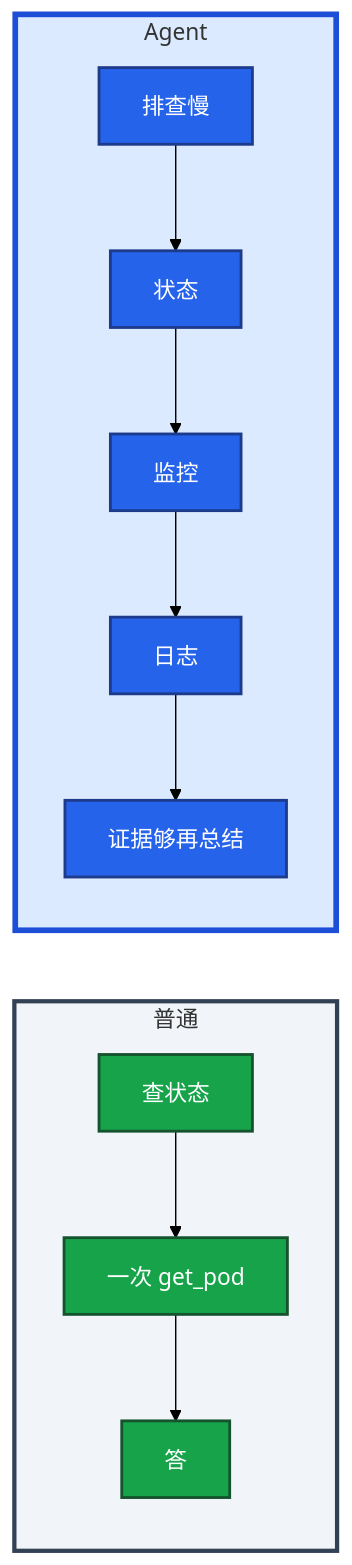
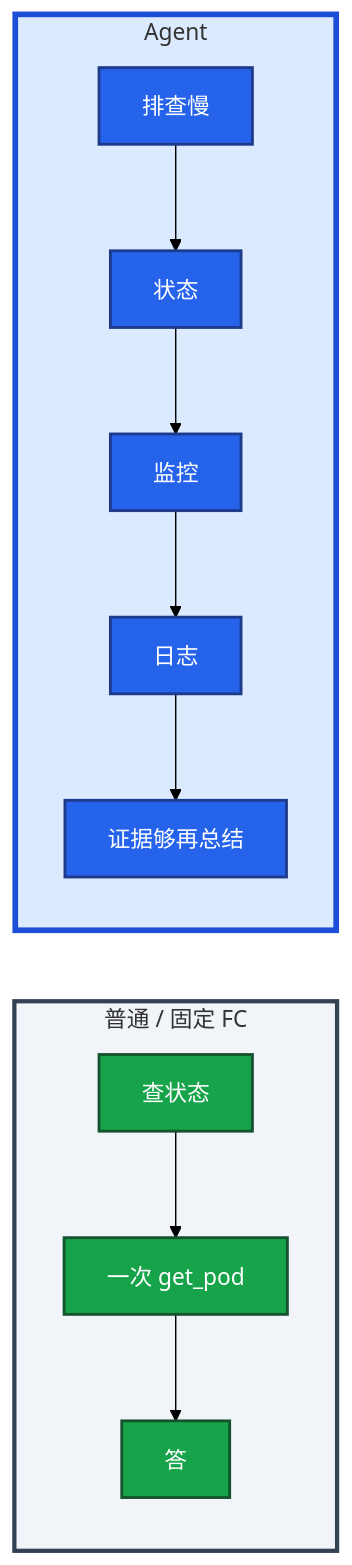
The first of 3 diagrams in 09-AI与智能运维/06-Agent智能体/练习题.md (ml-cuizijun/LearnToLilith), drawn with Mermaid (forest theme) before and after one commit. The commit also changed other lines of this file and 213 other files, not shown here.

````diff
--- a/09-AI与智能运维/06-Agent智能体/练习题.md
+++ b/09-AI与智能运维/06-Agent智能体/练习题.md
@@ -41,15 +45,15 @@
 ```mermaid
 flowchart LR
-    subgraph n ["普通"]
+    subgraph n ["普通 / 固定 FC"]
         a[查状态] --> b[一次 get_pod] --> c[答]
     end
     subgraph g ["Agent"]
         d[排查慢] --> e[状态] --> f[监控] --> g1[日志] --> h[证据够再总结]
     end
     classDef ok fill:#16A34A,stroke:#14532D,stroke-width:2px,color:#fff
     classDef a fill:#2563EB,stroke:#1E3A8A,stroke-width:2px,color:#fff
     class a,b,c ok
     class d,e,f,g1,h a
     style n fill:#F1F5F9,stroke:#334155,stroke-width:3px
     style g fill:#DBEAFE,stroke:#1D4ED8,stroke-width:4px
 ```
````
